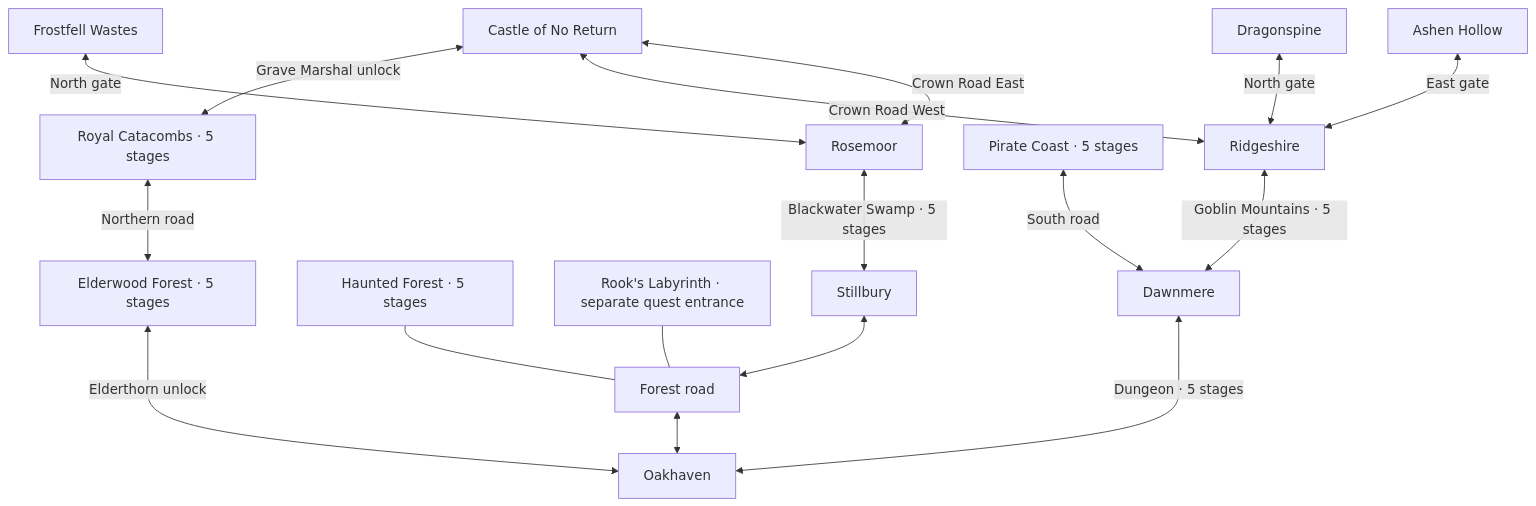
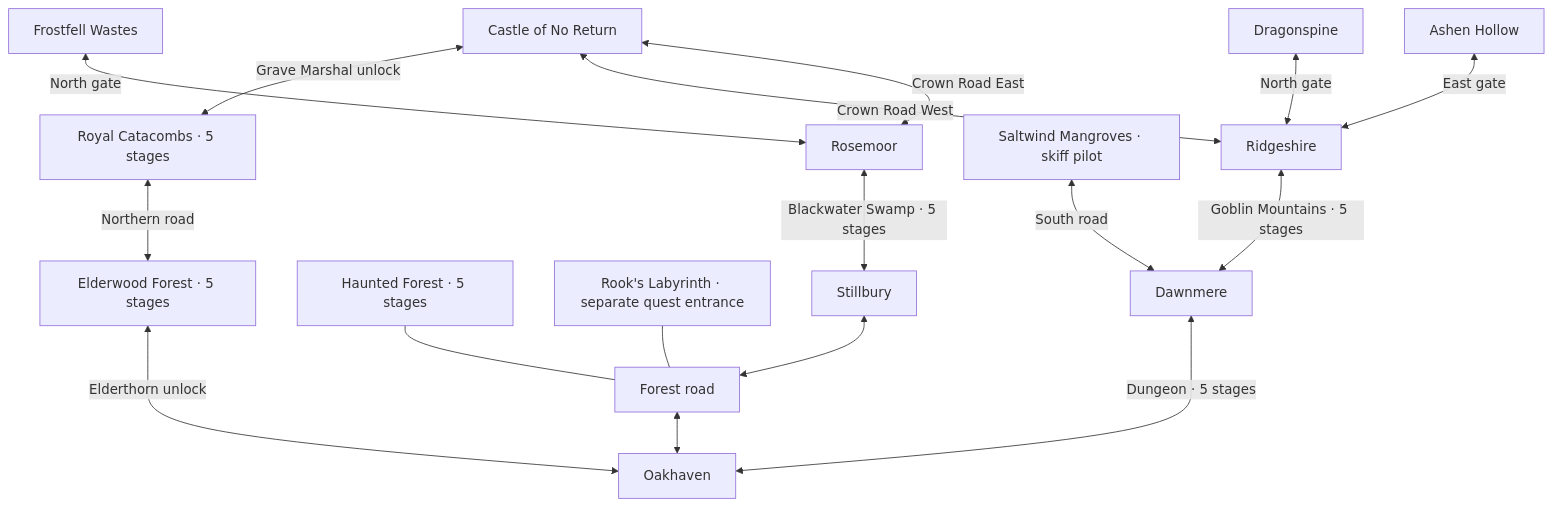
One commit to christsantiris/c_rpg changed the diagram in docs/five-town-expansion.md. Above: the diagram before and after it, drawn with Mermaid. The commit also changed other lines of this file and 100 other files, not shown here.

Commit message:
Add Saltwind Mangroves area with new boat mechanic

````diff
--- a/docs/five-town-expansion.md
+++ b/docs/five-town-expansion.md
@@ -10,19 +10,19 @@
 ```mermaid
 flowchart BT
     Oak[Oakhaven] <--> Road[Forest road]
     Road <--> Still[Stillbury]
     Road --- Forest[Haunted Forest · 5 stages]
     Road --- Maze[Rook's Labyrinth · separate quest entrance]
     Still <-->|Blackwater Swamp · 5 stages| Rose[Rosemoor]
     Rose <-->|Crown Road East| Castle[Castle of No Return]
     Oak <-->|Dungeon · 5 stages| Dawn[Dawnmere]
     Dawn <-->|Goblin Mountains · 5 stages| Ridge[Ridgeshire]
-    Dawn <-->|South road| Pirate[Pirate Coast · 5 stages]
+    Dawn <-->|South road| Salt[Saltwind Mangroves · skiff pilot]
     Ridge <-->|Crown Road West| Castle
     Oak <-->|Elderthorn unlock| Elder[Elderwood Forest · 5 stages]
     Elder <-->|Northern road| Cat[Royal Catacombs · 5 stages]
     Cat <-->|Grave Marshal unlock| Castle
     Rose <-->|North gate| Frost[Frostfell Wastes]
     Ridge <-->|North gate| Dragon[Dragonspine]
     Ridge <-->|East gate| Ashen[Ashen Hollow]
 ```
````
